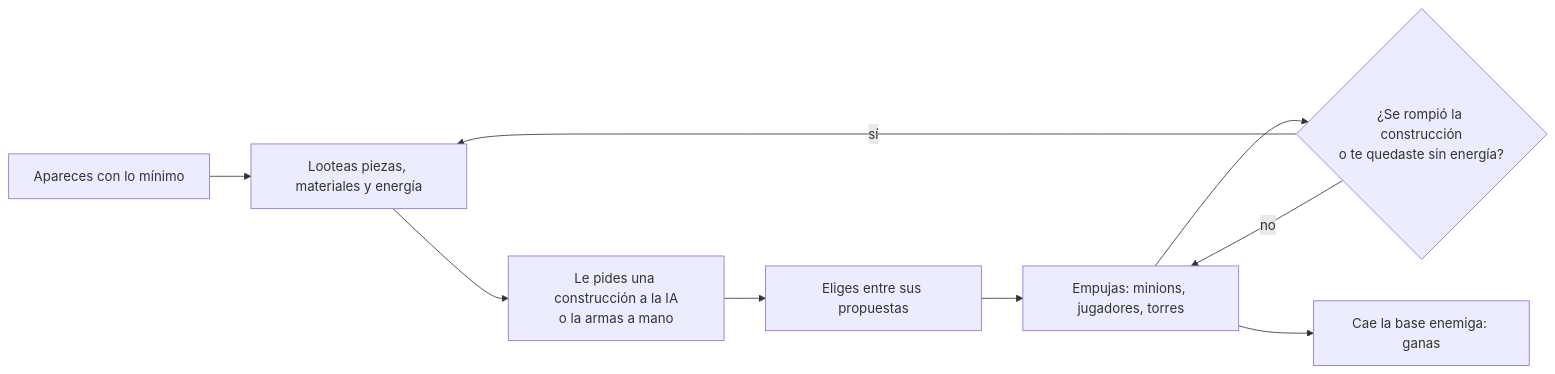
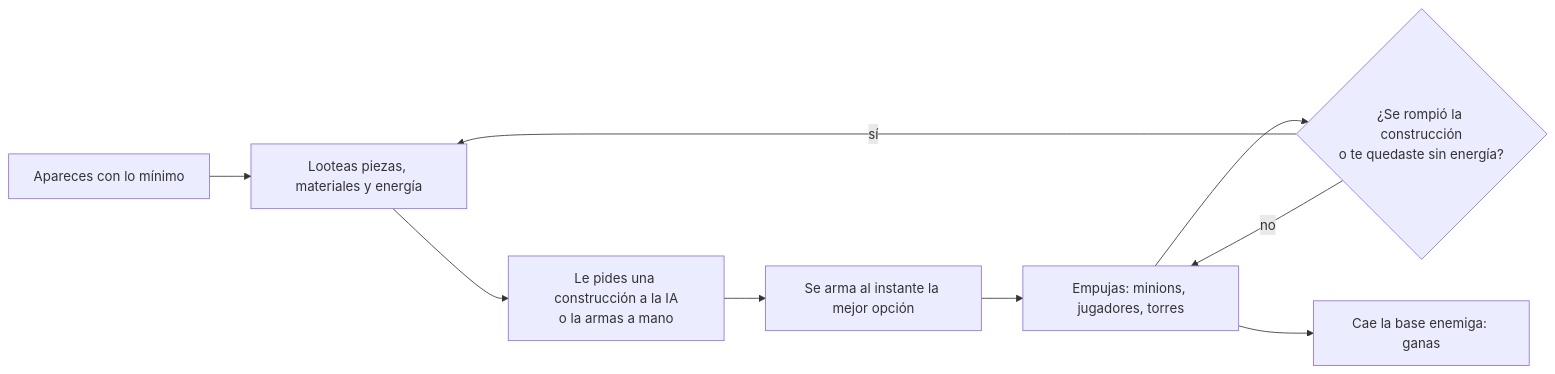
Before and after one commit to Cesarmtz17/GameJamm: the diagram in docs/GDD.md, drawn with Mermaid. The commit also changed other lines of this file, not shown here.

````diff
--- a/docs/GDD.md
+++ b/docs/GDD.md
@@ -64,11 +64,11 @@
 ```mermaid
 flowchart LR
   A[Apareces con lo mínimo] --> B[Looteas piezas, materiales y energía]
   B --> C[Le pides una construcción a la IA<br/>o la armas a mano]
-  C --> D[Eliges entre sus propuestas]
+  C --> D[Se arma al instante la mejor opción]
   D --> E[Empujas: minions, jugadores, torres]
   E --> F{¿Se rompió la construcción<br/>o te quedaste sin energía?}
   F -- sí --> B
   F -- no --> E
   E --> G[Cae la base enemiga: ganas]
 ```
````
